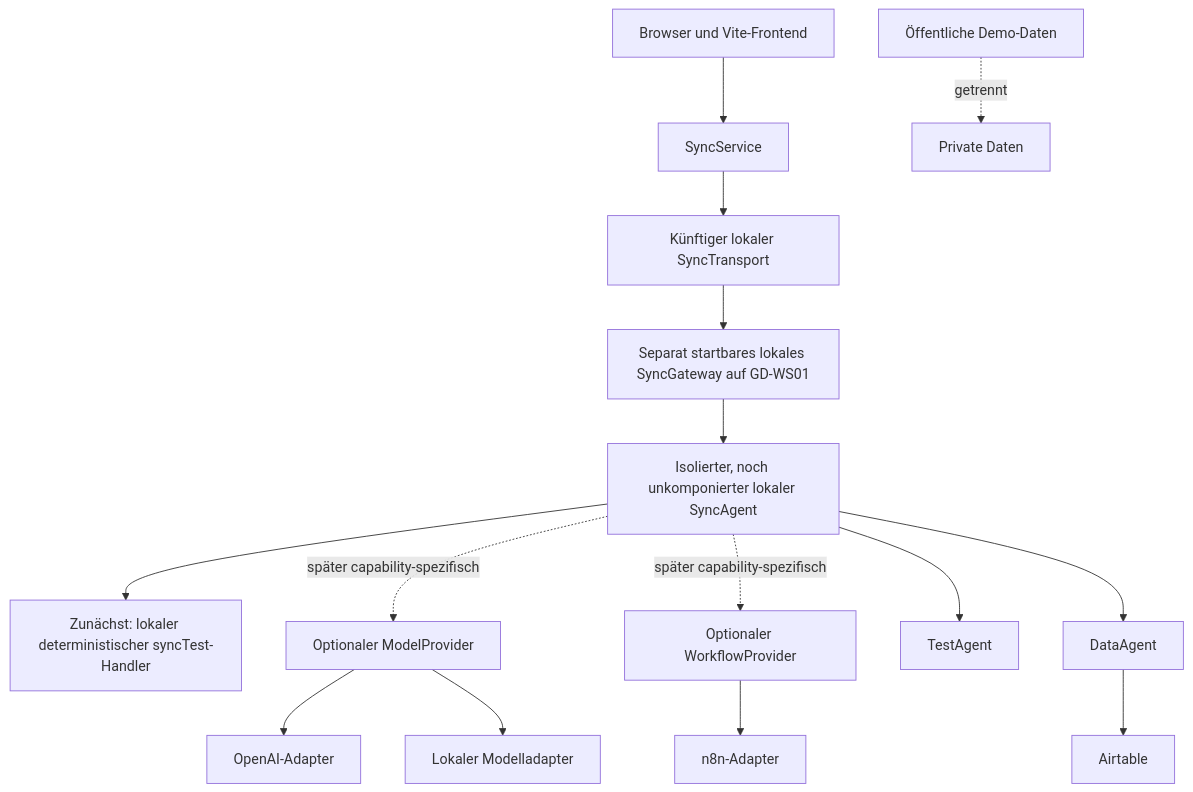
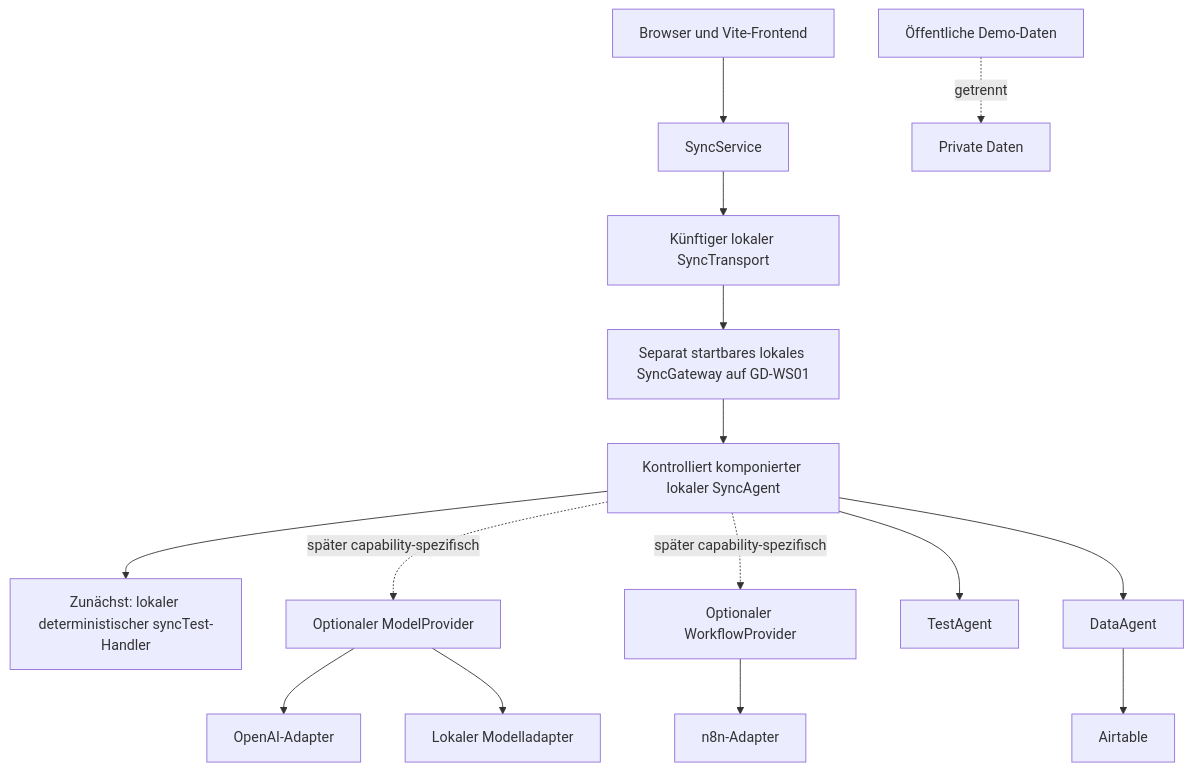
Before and after one commit to Varudan/goldendawn-os: the diagram in docs/security.md, drawn with Mermaid. The commit also changed other lines of this file and 11 other files, not shown here.

````diff
--- a/docs/security.md
+++ b/docs/security.md
@@ -61,18 +61,18 @@
 ```mermaid
 flowchart TD
     Browser["Browser und Vite-Frontend"] --> Service["SyncService"]
     Service --> Transport["Künftiger lokaler SyncTransport"]
     Transport --> Gateway["Separat startbares lokales SyncGateway auf GD-WS01"]
-    Gateway --> Sync["Isolierter, noch unkomponierter lokaler SyncAgent"]
+    Gateway --> Sync["Kontrolliert komponierter lokaler SyncAgent"]
     Sync --> LocalHandler["Zunächst: lokaler deterministischer syncTest-Handler"]
     Sync -.->|später capability-spezifisch| ModelProvider["Optionaler ModelProvider"]
     ModelProvider --> OpenAI["OpenAI-Adapter"]
     ModelProvider --> LocalModel["Lokaler Modelladapter"]
     Sync -.->|später capability-spezifisch| WorkflowProvider["Optionaler WorkflowProvider"]
     WorkflowProvider --> N8n["n8n-Adapter"]
     Sync --> Test["TestAgent"]
     Sync --> Data["DataAgent"]
     Data --> Airtable["Airtable"]
 
     Public["Öffentliche Demo-Daten"] -. getrennt .-> Private["Private Daten"]
 ```
````
